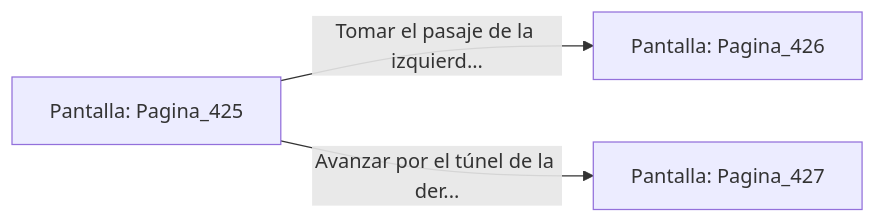
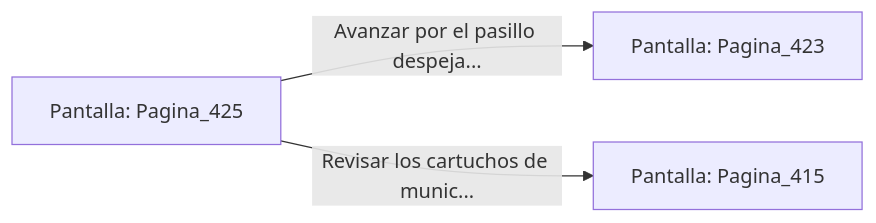
One commit to metsuke/mpl changed the diagram in sample/eligejuego-vault/Pantalla_Pagina_425.md. Above: the diagram before and after it, drawn with Mermaid. The commit also changed other lines of this file and 635 other files, not shown here.

First line of the commit message:
fix: añadir Pagina_1 como pantalla inicial en capitulo_01.mpl

````diff
--- a/sample/eligejuego-vault/Pantalla_Pagina_425.md
+++ b/sample/eligejuego-vault/Pantalla_Pagina_425.md
@@ -20,6 +24,6 @@
 ```mermaid
 graph LR
     P_Pagina_425["Pantalla: Pagina_425"]
-    P_Pagina_425 -->|"Tomar el pasaje de la izquierd..."| P_Pagina_426["Pantalla: Pagina_426"]
-    P_Pagina_425 -->|"Avanzar por el túnel de la der..."| P_Pagina_427["Pantalla: Pagina_427"]
+    P_Pagina_425 -->|"Avanzar por el pasillo despeja..."| P_Pagina_423["Pantalla: Pagina_423"]
+    P_Pagina_425 -->|"Revisar los cartuchos de munic..."| P_Pagina_415["Pantalla: Pagina_415"]
 ```
````
